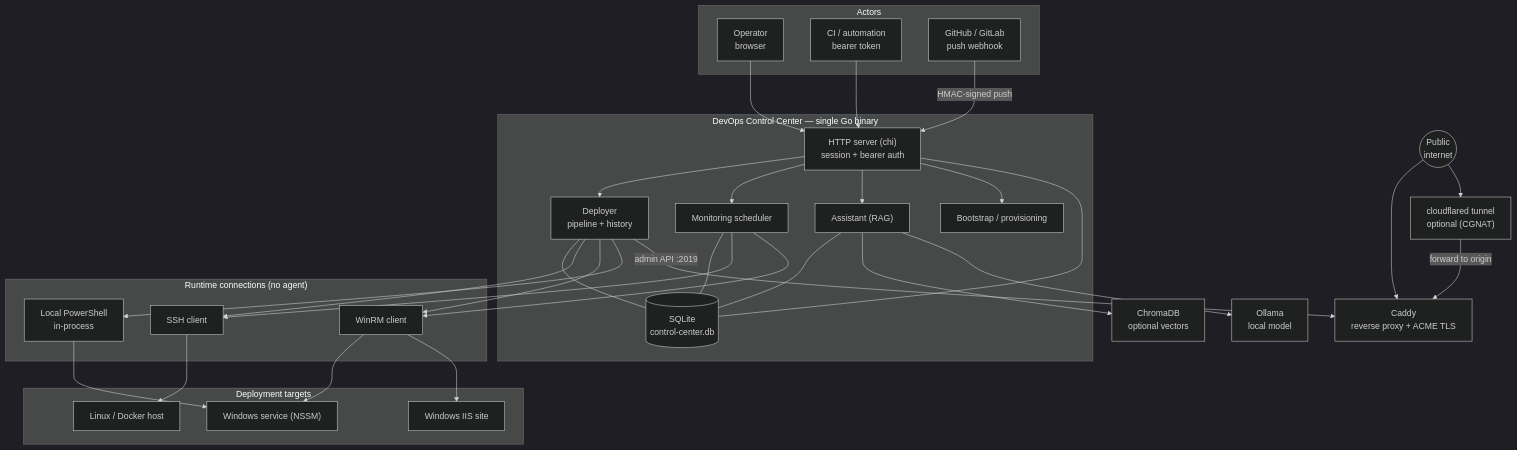
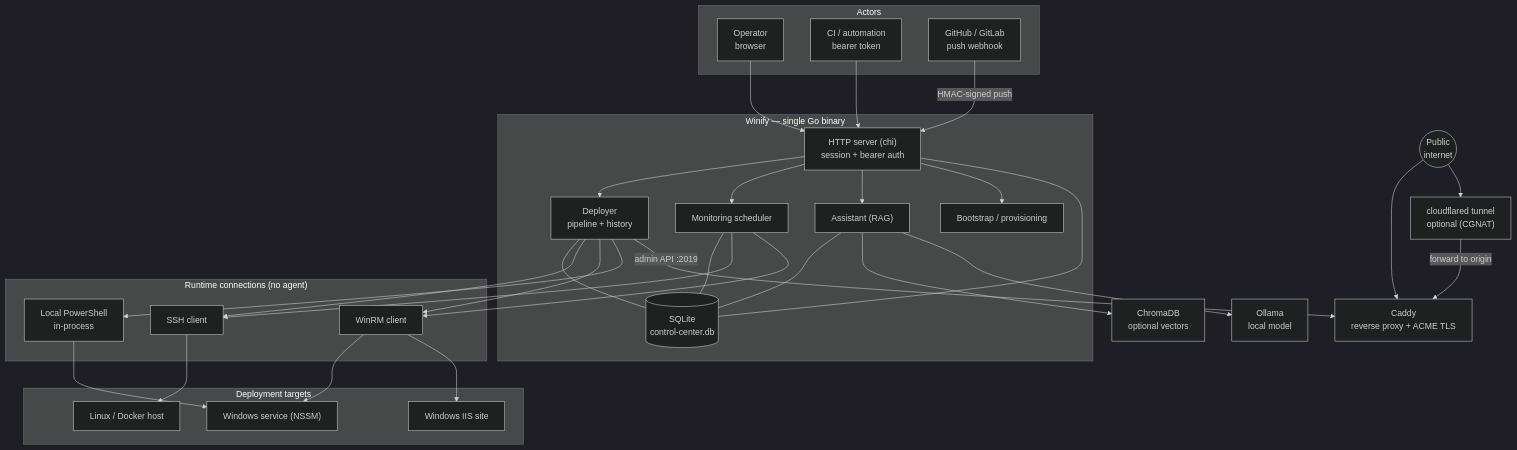
Before and after one commit to Devonlegend/winify: the first of 10 diagrams in docs/system-design.md, drawn with Mermaid (dark theme). The commit also changed other lines of this file and 46 other files, not shown here.

````diff
--- a/docs/system-design.md
+++ b/docs/system-design.md
@@ -52,66 +52,66 @@
 ```mermaid
 flowchart TB
   subgraph actors["Actors"]
     OP["Operator<br/>browser"]
     AUTO["CI / automation<br/>bearer token"]
     GIT["GitHub / GitLab<br/>push webhook"]
   end
 
-  subgraph cc["DevOps Control Center — single Go binary"]
+  subgraph cc["Winify — single Go binary"]
     HTTP["HTTP server (chi)<br/>session + bearer auth"]
     DEP["Deployer<br/>pipeline + history"]
     MON["Monitoring scheduler"]
     ASST["Assistant (RAG)"]
     BOOT["Bootstrap / provisioning"]
     DB[("SQLite<br/>control-center.db")]
   end
 
   subgraph conn["Runtime connections (no agent)"]
     SSH["SSH client"]
     WRM["WinRM client"]
     PSH["Local PowerShell<br/>in-process"]
   end
 
   subgraph targets["Deployment targets"]
     DK["Linux / Docker host"]
     SV["Windows service (NSSM)"]
     IIS["Windows IIS site"]
   end
 
   CADDY["Caddy<br/>reverse proxy + ACME TLS"]
   TUN["cloudflared tunnel<br/>optional (CGNAT)"]
   NET(("Public<br/>internet"))
   CHROMA["ChromaDB<br/>optional vectors"]
   OLLAMA["Ollama<br/>local model"]
 
   OP --> HTTP
   AUTO --> HTTP
   GIT -->|"HMAC-signed push"| HTTP
 
   HTTP --> DEP
   HTTP --> MON
   HTTP --> ASST
   HTTP --> BOOT
   HTTP --- DB
   DEP --- DB
   MON --- DB
   ASST --- DB
 
   DEP --> SSH
   DEP --> WRM
   DEP --> PSH
   MON --> SSH
   MON --> WRM
   SSH --> DK
   WRM --> SV
   WRM --> IIS
   PSH --> SV
 
   DEP -->|"admin API :2019"| CADDY
   ASST --> CHROMA
   ASST --> OLLAMA
 
   NET --> CADDY
   NET --> TUN
   TUN -->|"forward to origin"| CADDY
 ```
````
